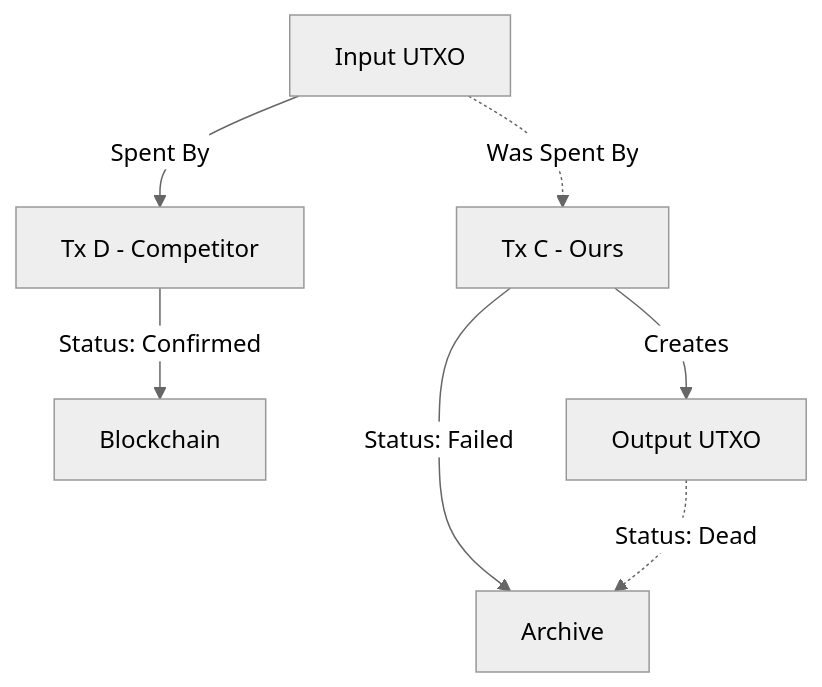
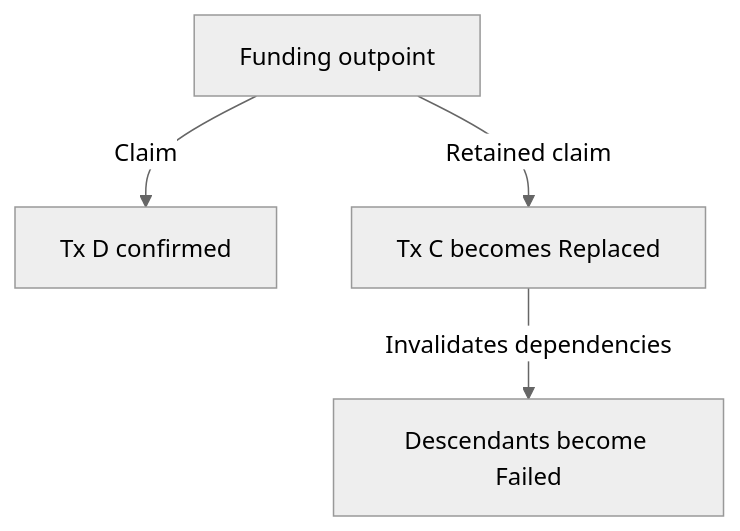
Before and after one commit to btcsuite/btcwallet: the sixth of 6 diagrams in docs/developer/utxo_data_model.md, drawn with Mermaid (neutral theme). The commit also changed other lines of this file and 3 other files, not shown here.

````diff
--- a/docs/developer/utxo_data_model.md
+++ b/docs/developer/utxo_data_model.md
@@ -263,13 +339,8 @@
 ```mermaid
 graph TD
-    Input[Input UTXO]
-    
-    Input -->|Spent By| TxD[Tx D - Competitor]
-    TxD -->|Status: Confirmed| Blockchain
-    
-    Input -.->|Was Spent By| TxC[Tx C - Ours]
-    TxC -->|Status: Failed| Archive
-    
-    TxC -->|Creates| Output[Output UTXO]
-    Output -.->|Status: Dead| Archive
+    %% Distinguish the direct losing root from its invalidated descendants.
+    %% D's confirmation establishes the spend; retain C's input facts.
+    Input[Funding outpoint] -->|Claim| D[Tx D confirmed]
+    Input -->|Retained claim| C[Tx C becomes Replaced]
+    C -->|Invalidates dependencies| Children[Descendants become Failed]
 ```
````
